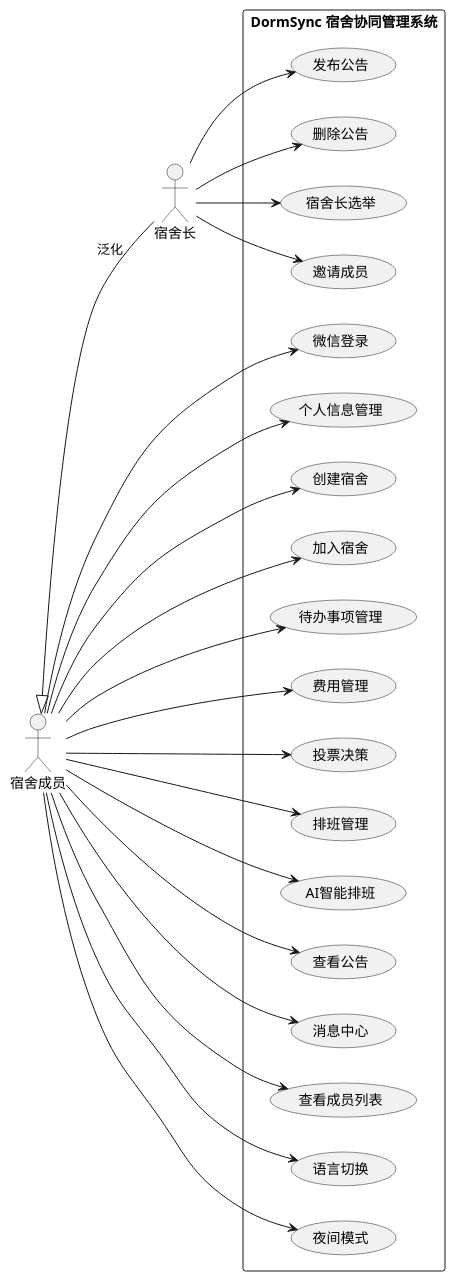
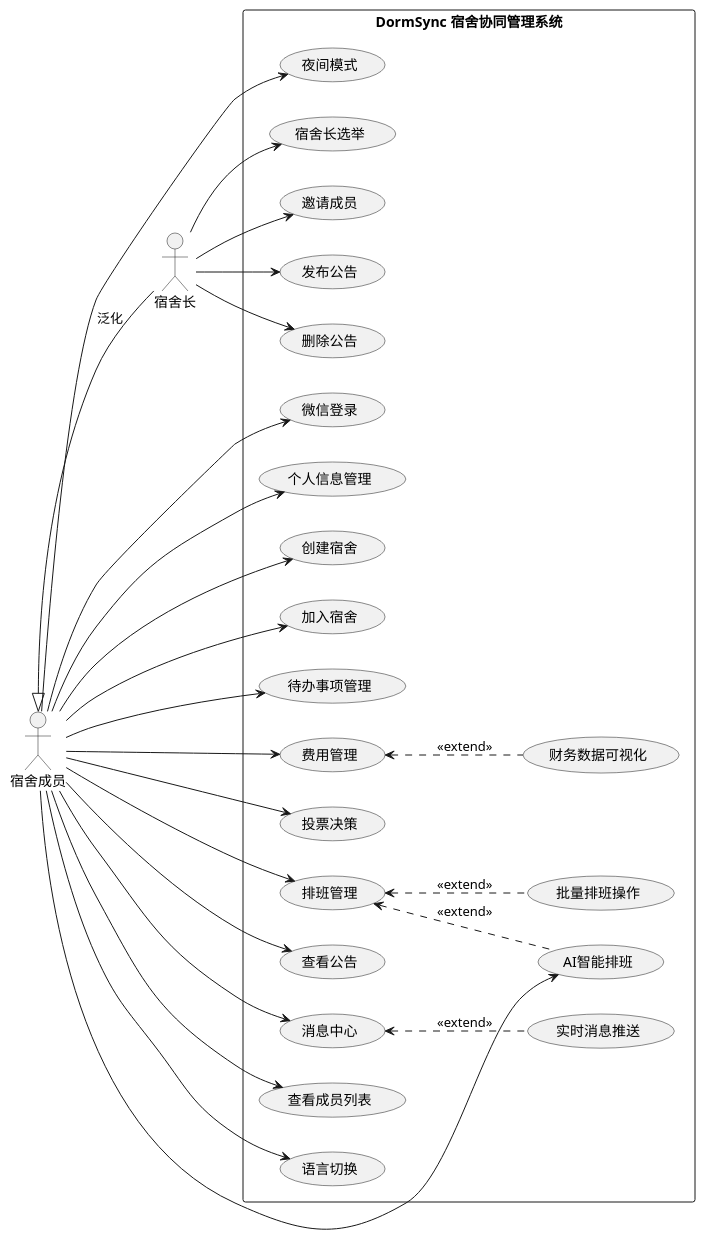
Before and after one commit to abcdaa12/test: the diagram in mermaid/用例图.md, drawn with PlantUML. The commit also changed 35 other files, not shown here.

````diff
--- a/mermaid/用例图.md
+++ b/mermaid/用例图.md
@@ -1,53 +1,61 @@
 ```plantuml
 @startuml
 left to right direction
 skinparam packageStyle rectangle
 
 actor "宿舍长" as leader
 actor "宿舍成员" as member
 
 rectangle "DormSync 宿舍协同管理系统" {
   usecase "发布公告" as UC1
   usecase "删除公告" as UC2
   usecase "宿舍长选举" as UC3
   usecase "邀请成员" as UC4
 
   usecase "微信登录" as UC5
   usecase "个人信息管理" as UC6
   usecase "创建宿舍" as UC7
   usecase "加入宿舍" as UC8
   usecase "待办事项管理" as UC9
   usecase "费用管理" as UC10
   usecase "投票决策" as UC11
   usecase "排班管理" as UC12
   usecase "AI智能排班" as UC13
+  usecase "批量排班操作" as UC13_1
   usecase "查看公告" as UC14
   usecase "消息中心" as UC15
+  usecase "实时消息推送" as UC15_1
   usecase "查看成员列表" as UC16
   usecase "语言切换" as UC17
   usecase "夜间模式" as UC18
+  usecase "财务数据可视化" as UC10_1
 }
 
 leader --> UC1
 leader --> UC2
 leader --> UC3
 leader --> UC4
 
 member --> UC5
 member --> UC6
 member --> UC7
 member --> UC8
 member --> UC9
 member --> UC10
 member --> UC11
 member --> UC12
 member --> UC13
 member --> UC14
 member --> UC15
 member --> UC16
 member --> UC17
 member --> UC18
 
+UC12 <.. UC13 : <<extend>>
+UC12 <.. UC13_1 : <<extend>>
+UC10 <.. UC10_1 : <<extend>>
+UC15 <.. UC15_1 : <<extend>>
+
 leader -up-|> member : 泛化
 @enduml
 ```
````
